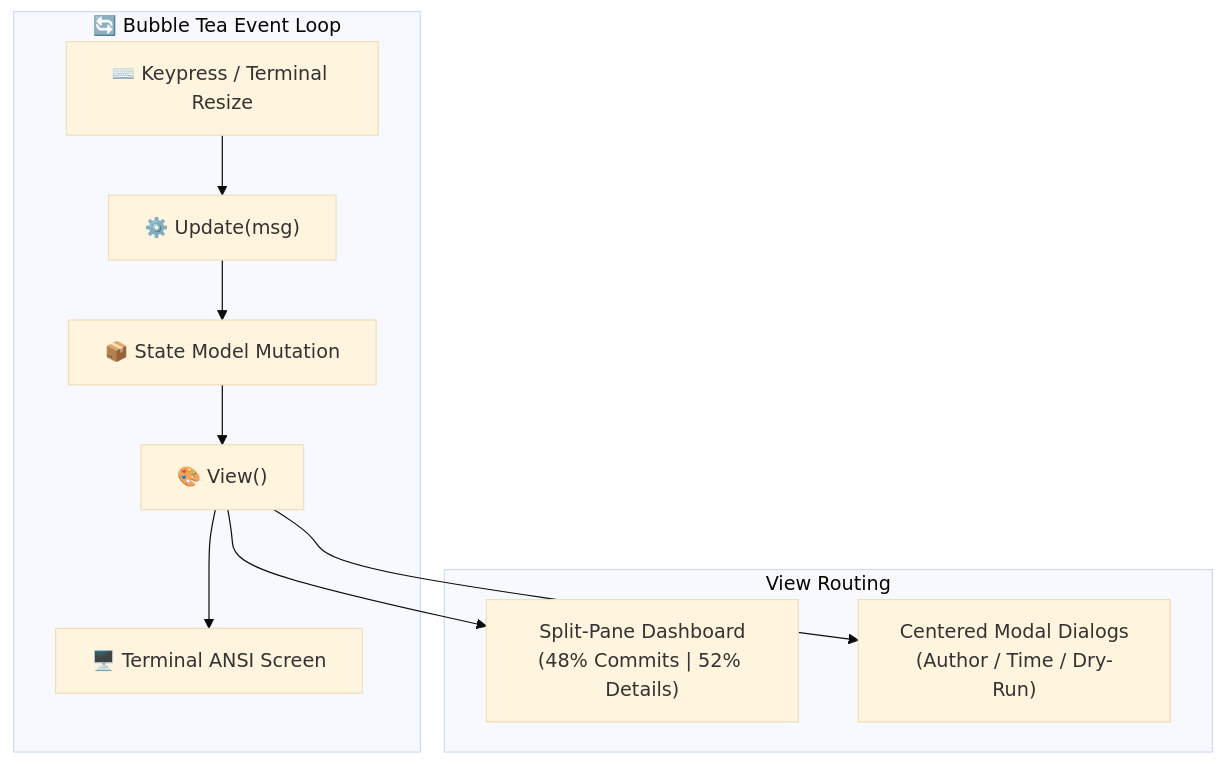
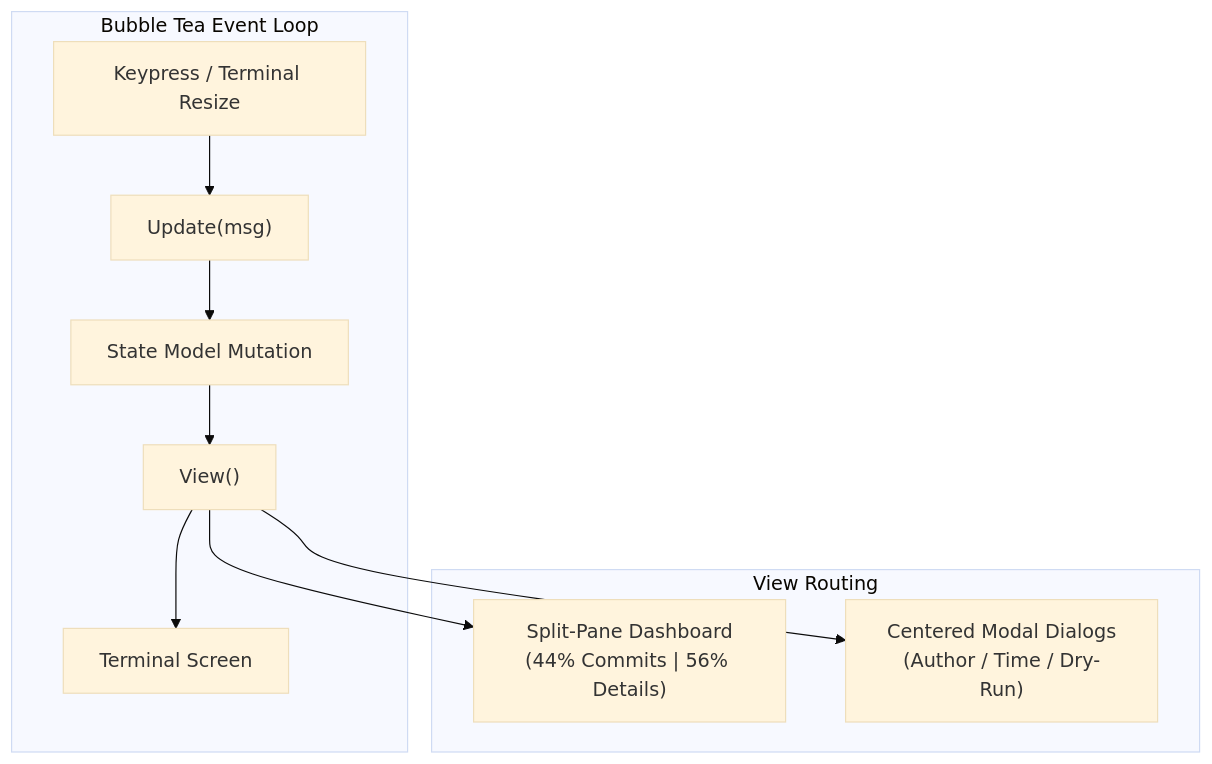
One commit to abhaysinh8/toolgit changed the first of 5 diagrams in docs/HOW_IT_WORKS.md. Above: the diagram before and after it, drawn with Mermaid (base theme). The commit also changed other lines of this file and 1 other file, not shown here.

Commit message:
docs: streamline README and architecture guide to professional open-source standard

````diff
--- a/docs/HOW_IT_WORKS.md
+++ b/docs/HOW_IT_WORKS.md
@@ -22,14 +23,14 @@
 ```mermaid
 graph TD
-    subgraph EventLoop["🔄 Bubble Tea Event Loop"]
-        Input["⌨️ Keypress / Terminal Resize"] --> Update["⚙️ Update(msg)"]
-        Update --> State["📦 State Model Mutation"]
-        State --> View["🎨 View()"]
-        View --> Render["🖥️ Terminal ANSI Screen"]
+    subgraph EventLoop["Bubble Tea Event Loop"]
+        Input["Keypress / Terminal Resize"] --> Update["Update(msg)"]
+        Update --> State["State Model Mutation"]
+        State --> View["View()"]
+        View --> Render["Terminal Screen"]
     end
 
     subgraph Views["View Routing"]
-        View --> MainSplit["Split-Pane Dashboard<br/>(48% Commits | 52% Details)"]
+        View --> MainSplit["Split-Pane Dashboard<br/>(44% Commits | 56% Details)"]
         View --> ModalOverlay["Centered Modal Dialogs<br/>(Author / Time / Dry-Run)"]
     end
 ```
````
